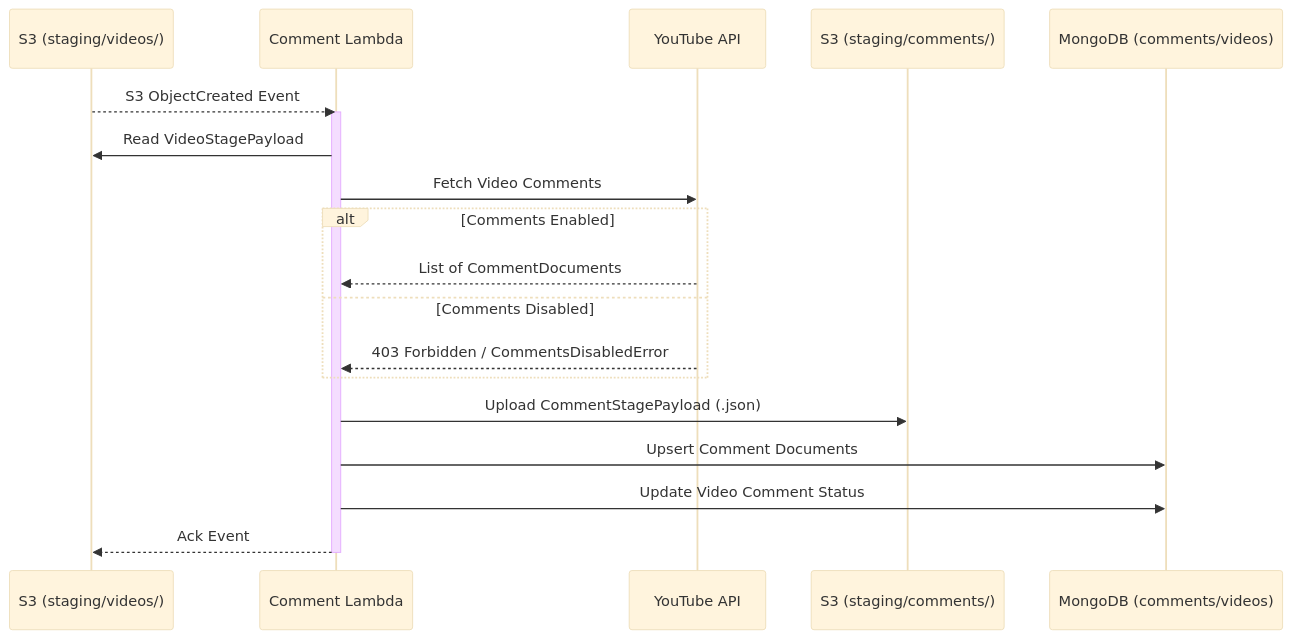
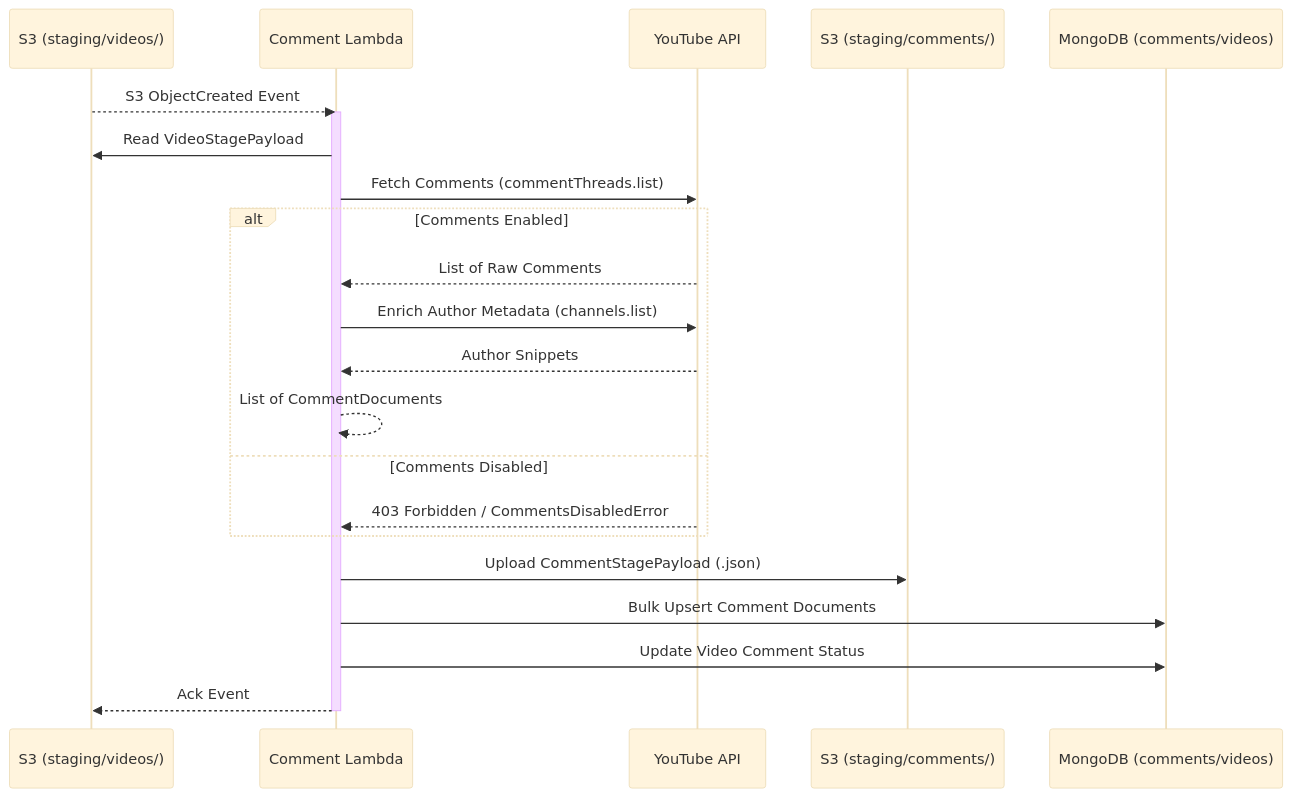
The second of 3 diagrams in comment_lambda/README.md (kaushalkrishna2000/youtube-bot-analytics), drawn with Mermaid (base theme) before and after one commit. The commit also changed other lines of this file and 3 other files, not shown here.

Commit message:
Update README files to reflect detailed execution flow, added enriched client-specific diagrams, enhanced YouTube API phase descriptions, and streamlined MongoDB persistence logic

````diff
--- a/comment_lambda/README.md
+++ b/comment_lambda/README.md
@@ -41,25 +55,28 @@
 ```mermaid
 sequenceDiagram
     participant S3_V as S3 (staging/videos/)
     participant CoL as Comment Lambda
     participant YT as YouTube API
     participant S3_Co as S3 (staging/comments/)
     participant DB as MongoDB (comments/videos)
 
     S3_V-->>CoL: S3 ObjectCreated Event
     activate CoL
     CoL->>S3_V: Read VideoStagePayload
-    CoL->>YT: Fetch Video Comments
+    CoL->>YT: Fetch Comments (commentThreads.list)
     alt Comments Enabled
-        YT-->>CoL: List of CommentDocuments
+        YT-->>CoL: List of Raw Comments
+        CoL->>YT: Enrich Author Metadata (channels.list)
+        YT-->>CoL: Author Snippets
+        CoL-->>CoL: List of CommentDocuments
     else Comments Disabled
         YT-->>CoL: 403 Forbidden / CommentsDisabledError
     end
     
     CoL->>S3_Co: Upload CommentStagePayload (.json)
-    CoL->>DB: Upsert Comment Documents
+    CoL->>DB: Bulk Upsert Comment Documents
     CoL->>DB: Update Video Comment Status
     
     CoL-->>S3_V: Ack Event
     deactivate CoL
 ```
````
